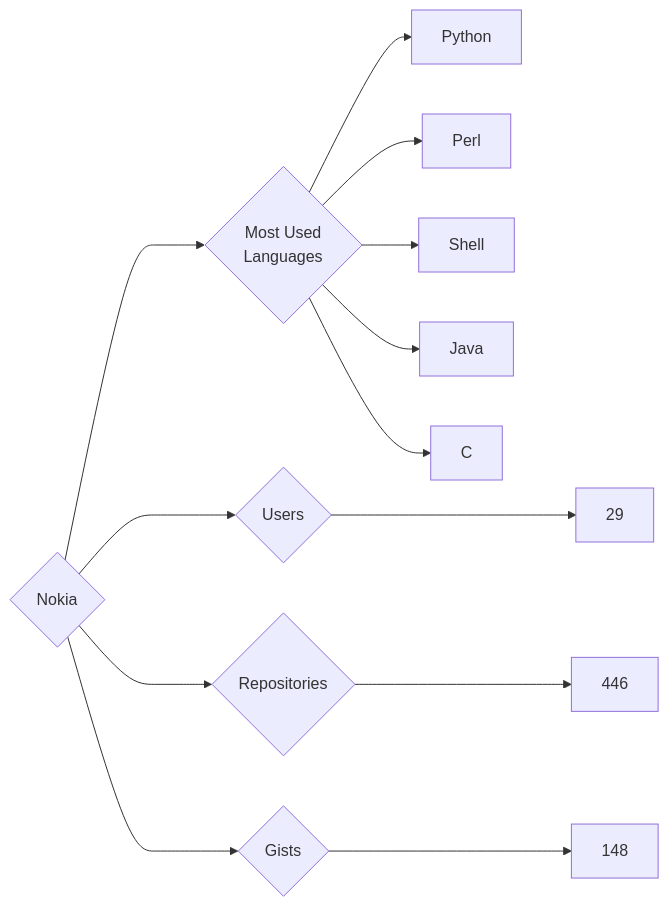
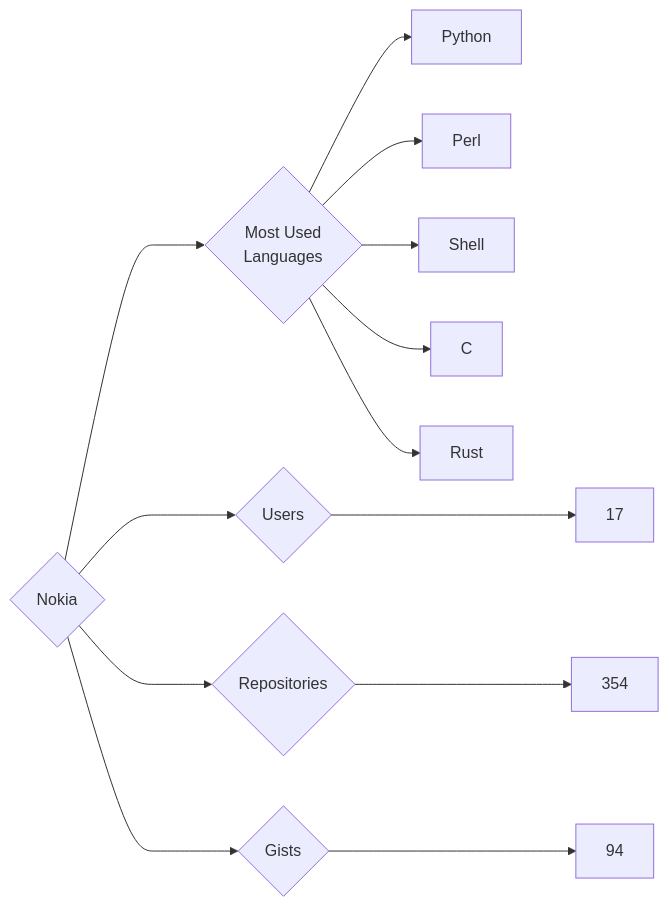
The diagram in targets/Nokia/README.md (trickest/insiders), drawn with Mermaid before and after one commit. The commit also changed 969 other files, not shown here.

````diff
--- a/targets/Nokia/README.md
+++ b/targets/Nokia/README.md
@@ -3,13 +3,13 @@
 ```mermaid
 graph LR
 COMPANY_NAME{Nokia}
-COMPANY_NAME ---> U{Users} ---> UN[29]
-COMPANY_NAME ---> R{Repositories} ---> RN[446]
-COMPANY_NAME ---> G{Gists} ---> GN[148]
+COMPANY_NAME ---> U{Users} ---> UN[17]
+COMPANY_NAME ---> R{Repositories} ---> RN[354]
+COMPANY_NAME ---> G{Gists} ---> GN[94]
 COMPANY_NAME ---> ML{Most Used<br>Languages}
 ML --> Python[Python]
 ML --> Perl[Perl]
 ML --> Shell[Shell]
-ML --> Java[Java]
 ML --> C[C]
+ML --> Rust[Rust]
 ```
````
